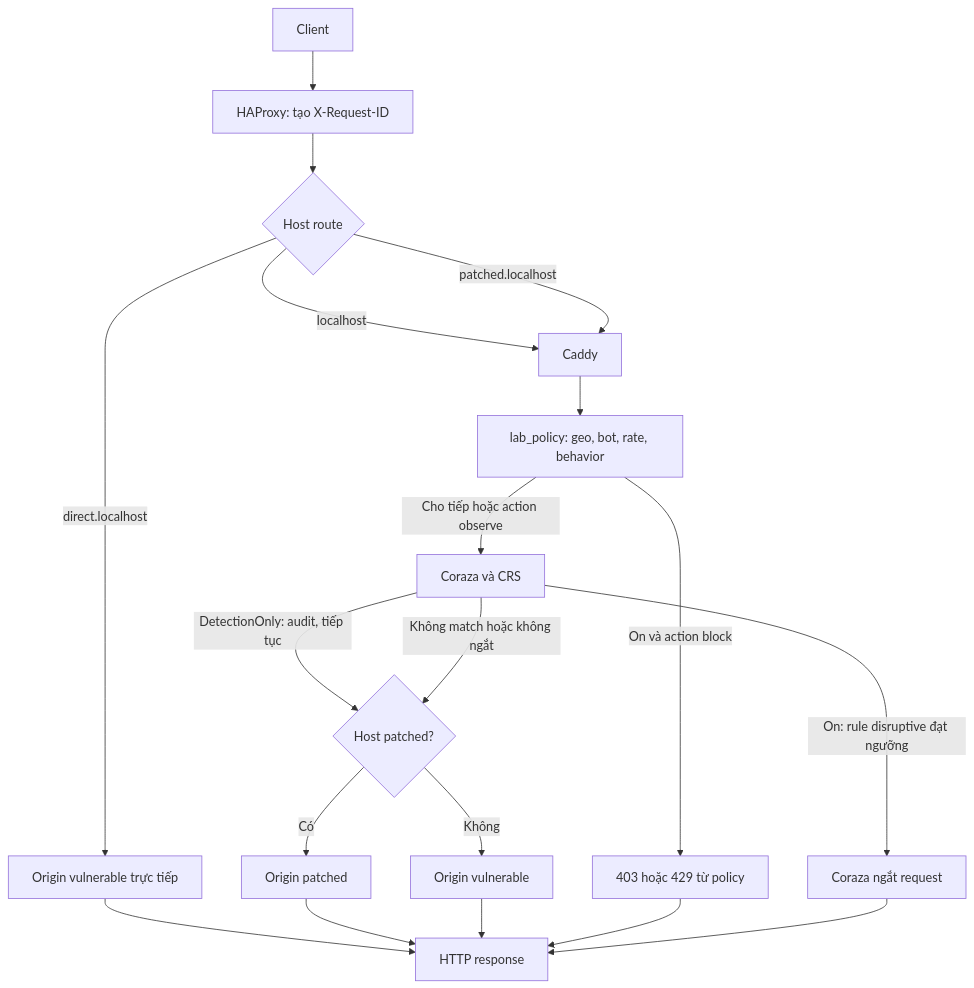
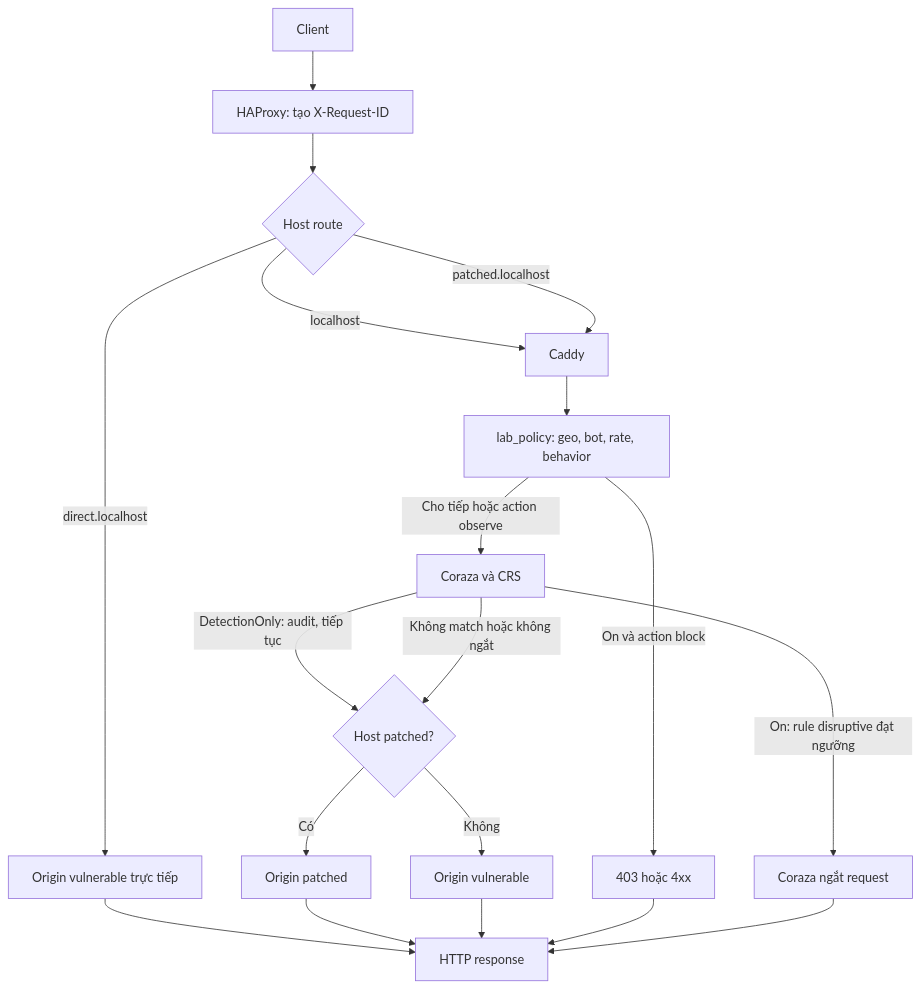
The second of 4 diagrams in docs/waf-architecture.md (Gunter296/WaF), drawn with Mermaid before and after one commit.

````diff
--- a/docs/waf-architecture.md
+++ b/docs/waf-architecture.md
@@ -42,21 +42,21 @@
 ```mermaid
 flowchart TD
   C[Client] --> H[HAProxy: tạo X-Request-ID]
   H --> R{Host route}
   R -->|direct.localhost| D[Origin vulnerable trực tiếp]
   R -->|localhost| W[Caddy]
   R -->|patched.localhost| W
   W --> M[lab_policy: geo, bot, rate, behavior]
-  M -->|On và action block| B[403 hoặc 429 từ policy]
+  M -->|On và action block| B[403 hoặc 4xx]
   M -->|Cho tiếp hoặc action observe| Z[Coraza và CRS]
   Z -->|DetectionOnly: audit, tiếp tục| A{Host patched?}
   Z -->|On: rule disruptive đạt ngưỡng| X[Coraza ngắt request]
   Z -->|Không match hoặc không ngắt| A
   A -->|Có| P[Origin patched]
   A -->|Không| V[Origin vulnerable]
   D --> S[HTTP response]
   P --> S
   V --> S
   B --> S
   X --> S
 ```
````
